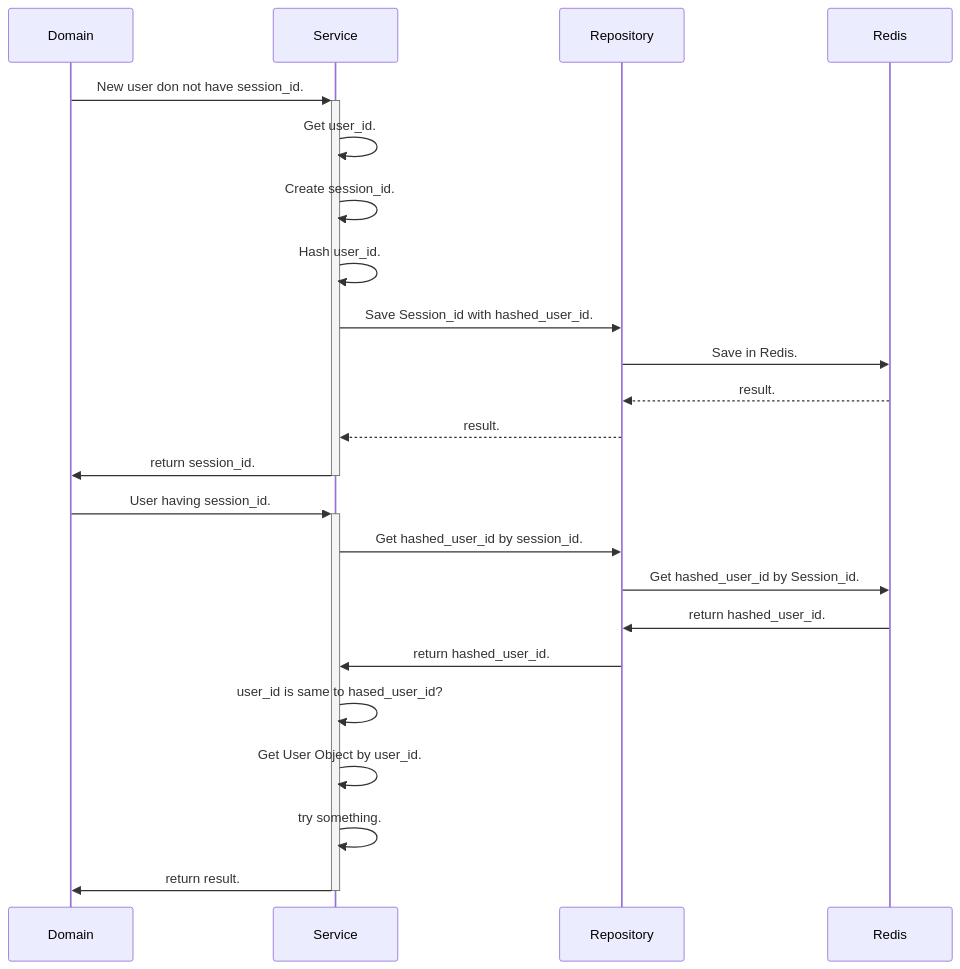
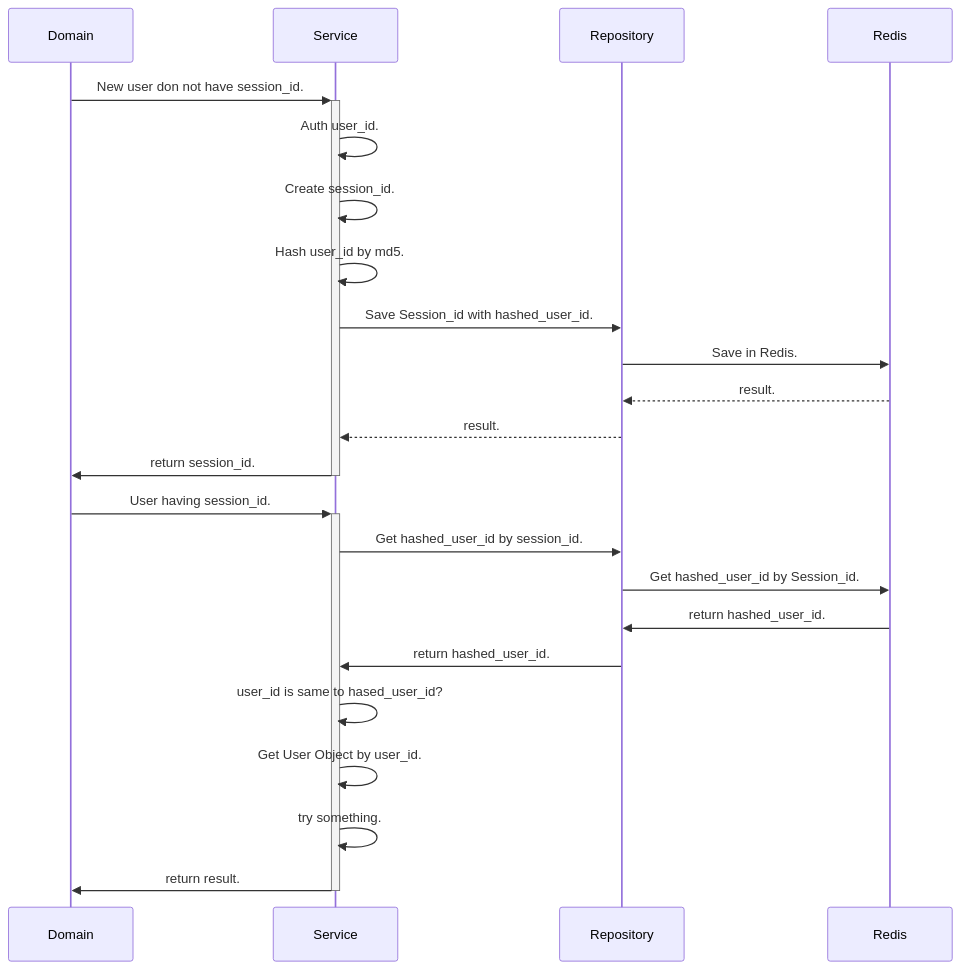
One commit to yutakasugiura/redis_learning changed the diagram in README.md. Above: the diagram before and after it, drawn with Mermaid.

Commit message:
add:hash

````diff
--- a/README.md
+++ b/README.md
@@ -33,25 +33,25 @@
 ```mermaid
 sequenceDiagram
     participant Domain
     participant Service
     participant Repository
     participant Redis
     Domain->>+Service: New user don not have session_id. 
-    Service->>Service: Get user_id.
+    Service->>Service: Auth user_id.
     Service->>Service: Create session_id.
-    Service->>Service: Hash user_id.
+    Service->>Service: Hash user_id by md5.
     Service->>Repository: Save Session_id with hashed_user_id.
     Repository->>Redis: Save in Redis.
     Redis-->>Repository: result.
     Repository-->>Service: result.
     Service->>-Domain: return session_id.
     Domain->>+Service: User having session_id.
     Service->>Repository: Get hashed_user_id by session_id.
     Repository->>Redis: Get hashed_user_id by Session_id.
     Redis->>Repository: return hashed_user_id.
     Repository->>Service: return hashed_user_id.
     Service->>Service: user_id is same to hased_user_id?
     Service->>Service: Get User Object by user_id.
     Service->>Service: try something.
     Service->>-Domain: return result.
 ```
````
